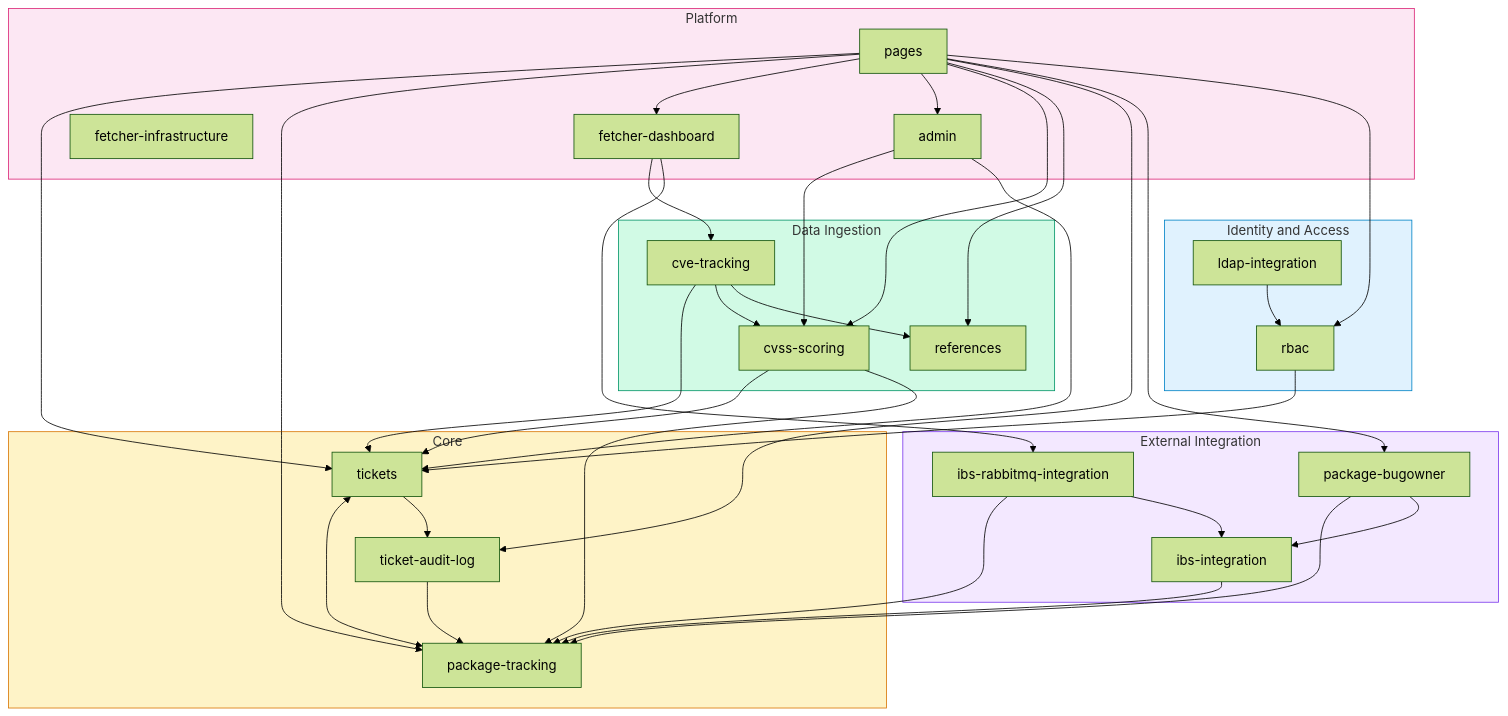
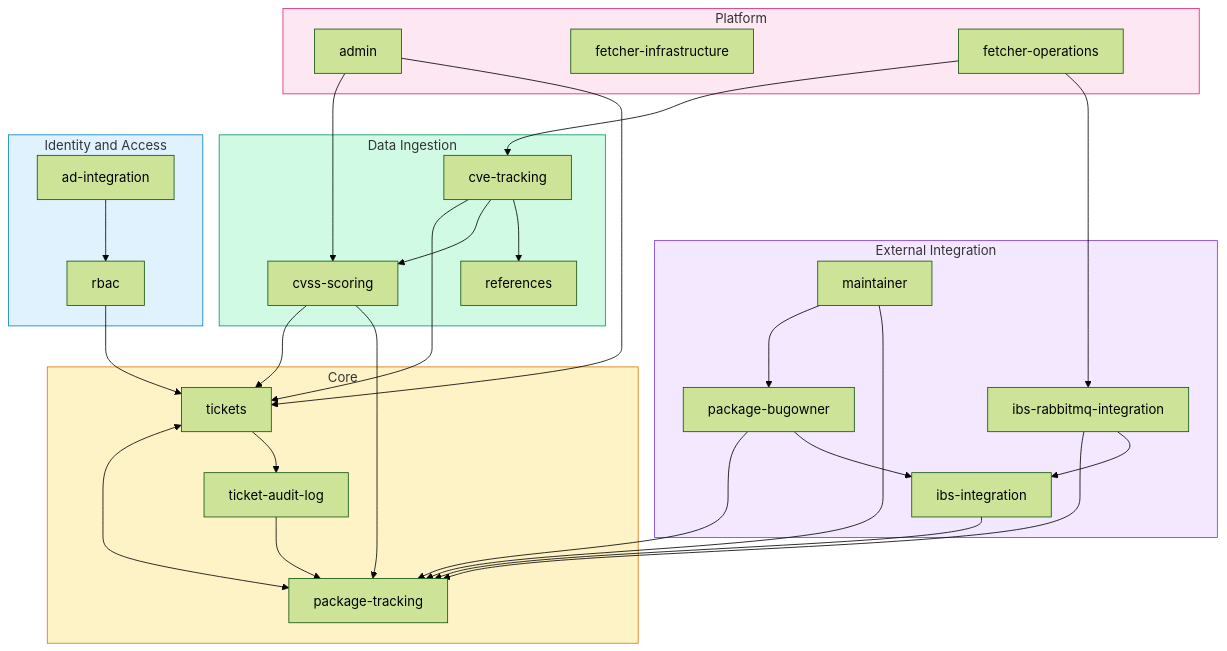
Before and after one commit to StayPirate/STAMP: the sixth of 6 diagrams in docs/system-map.md, drawn with Mermaid (forest theme). The commit also changed other lines of this file and 51 other files, not shown here.

````diff
--- a/docs/system-map.md
+++ b/docs/system-map.md
@@ -477,78 +477,71 @@
 ```mermaid
 flowchart TD
     subgraph core["Core"]
         TICKETS["tickets"]
         HISTORY["ticket-audit-log"]
         PKG["package-tracking"]
     end
 
     subgraph ingestion["Data Ingestion"]
         CVE["cve-tracking"]
         CVSS["cvss-scoring"]
         REFS["references"]
     end
 
     subgraph integration["External Integration"]
         OBS["ibs-integration"]
         RABBIT["ibs-rabbitmq-integration"]
         BUGOWNER["package-bugowner"]
+        MAINT["maintainer"]
     end
 
     subgraph identity["Identity and Access"]
-        LDAP["ldap-integration"]
+        ADI["ad-integration"]
         RBAC["rbac"]
     end
 
     subgraph platform["Platform"]
         ADMIN["admin"]
         FETCHER_INFRA["fetcher-infrastructure"]
-        FETCHER["fetcher-dashboard"]
-        PAGES["pages"]
+        FETCHER["fetcher-operations"]
     end
 
     %% Core internal links
     TICKETS <--> PKG
     TICKETS --> HISTORY
 
     %% Ingestion → Core
     CVE --> TICKETS
     CVE --> CVSS
     CVE --> REFS
     CVSS --> TICKETS
     CVSS --> PKG
 
     %% Integration → Core
     OBS --> PKG
     RABBIT --> PKG
     RABBIT --> OBS
     BUGOWNER --> PKG
     BUGOWNER --> OBS
+    MAINT --> BUGOWNER
+    MAINT --> PKG
 
     %% Identity → Core
-    LDAP --> RBAC
+    ADI --> RBAC
     RBAC --> TICKETS
 
     %% Platform → everything
     ADMIN --> CVSS
     ADMIN --> TICKETS
     FETCHER --> CVE
     FETCHER --> RABBIT
-    PAGES --> TICKETS
-    PAGES --> PKG
-    PAGES --> FETCHER
-    PAGES --> ADMIN
-    PAGES --> CVSS
-    PAGES --> REFS
-    PAGES --> HISTORY
-    PAGES --> BUGOWNER
-    PAGES --> RBAC
 
     %% History links
     HISTORY --> PKG
 
     style core fill:#fef3c7,stroke:#d97706
     style ingestion fill:#d1fae5,stroke:#059669
     style integration fill:#f3e8ff,stroke:#7c3aed
     style identity fill:#e0f2fe,stroke:#0284c7
     style platform fill:#fce7f3,stroke:#db2777
 ```
````
